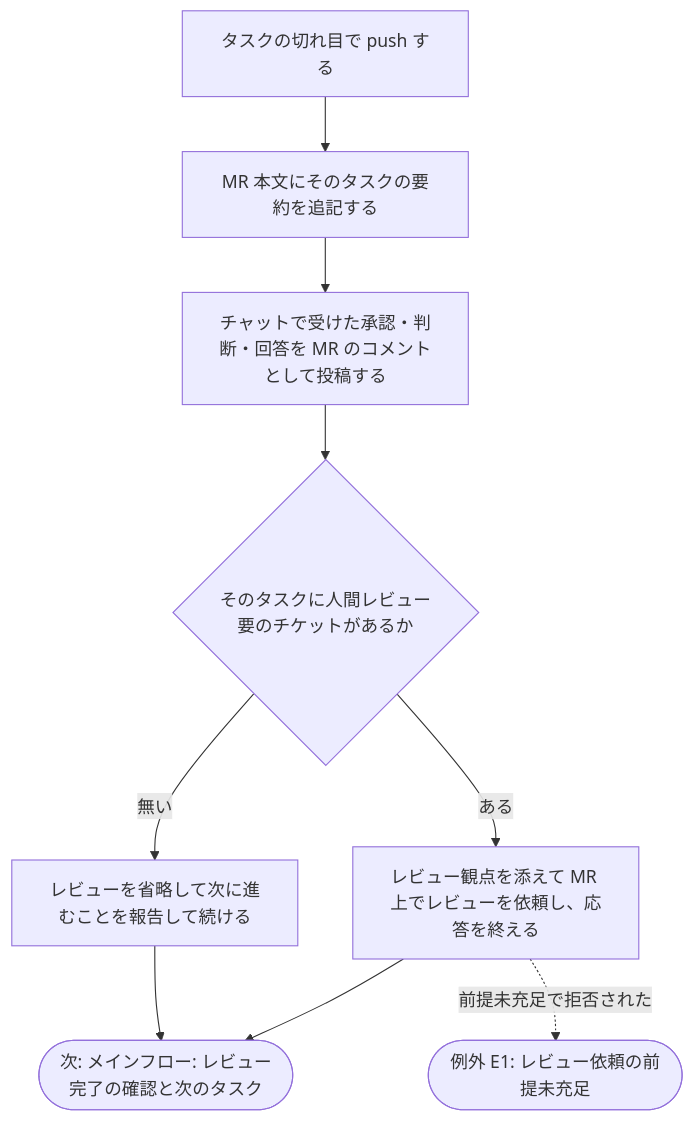
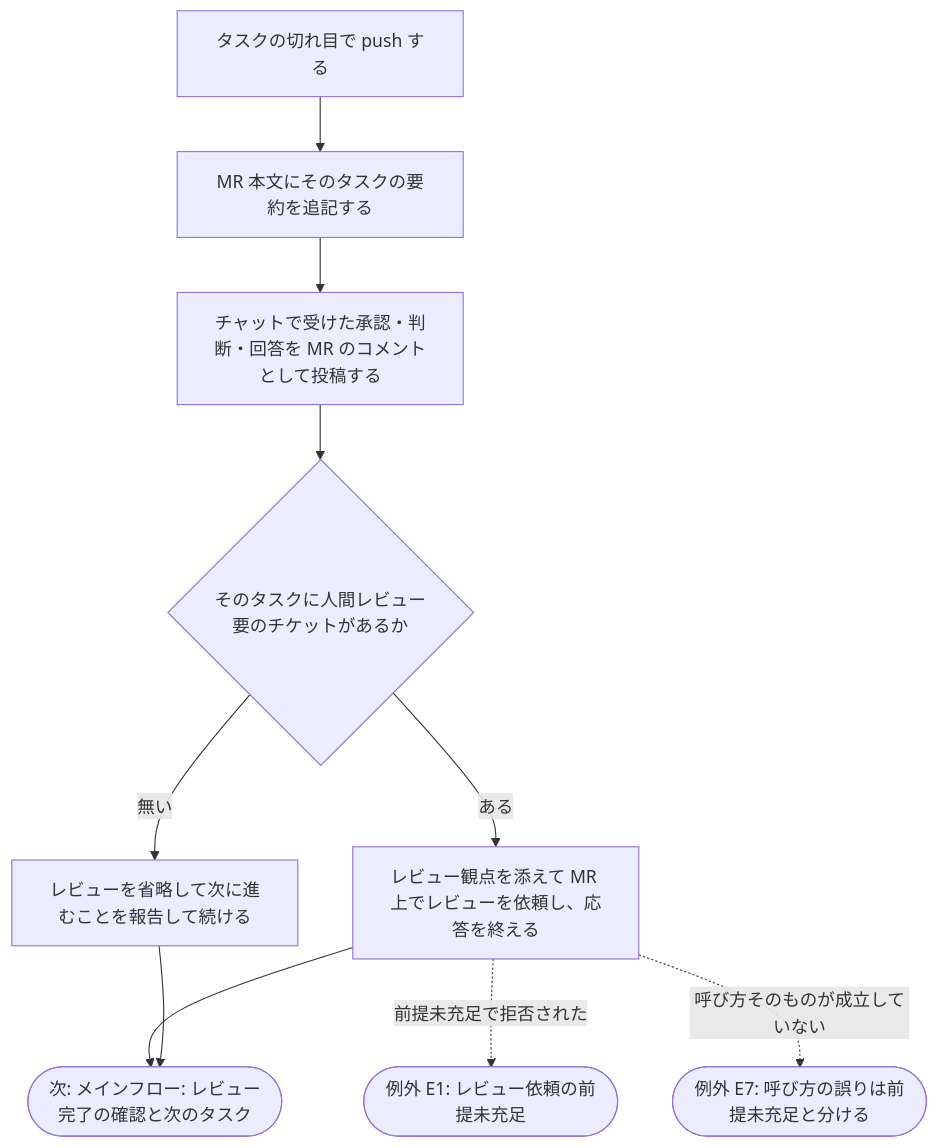
The second of 3 diagrams in .claude/docs/00_requirement/skills/00-workflow-issue-mr-driven.md (yuki-matsu783/issue-mr-ticket-workflow), drawn with Mermaid before and after one commit. The commit also changed other lines of this file and 244 other files, not shown here.

````diff
--- a/.claude/docs/00_requirement/skills/00-workflow-issue-mr-driven.md
+++ b/.claude/docs/00_requirement/skills/00-workflow-issue-mr-driven.md
@@ -63,14 +74,16 @@
 ```mermaid
 flowchart TD
   M8[タスクの切れ目で push する]
   M8 --> M9[MR 本文にそのタスクの要約を追記する]
   M9 --> M10[チャットで受けた承認・判断・回答を MR のコメントとして投稿する]
   M10 --> M11{そのタスクに人間レビュー要のチケットがあるか}
   M11 -->|ある| M12[レビュー観点を添えて MR 上でレビューを依頼し、応答を終える]
   M11 -->|無い| M13[レビューを省略して次に進むことを報告して続ける]
   M12 --> N2
   M13 --> N2
   M12 -.->|前提未充足で拒否された| E1
+  M12 -.->|呼び方そのものが成立していない| E7
   N2([次: メインフロー: レビュー完了の確認と次のタスク])
   E1([例外 E1: レビュー依頼の前提未充足])
+  E7([例外 E7: 呼び方の誤りは前提未充足と分ける])
 ```
````
